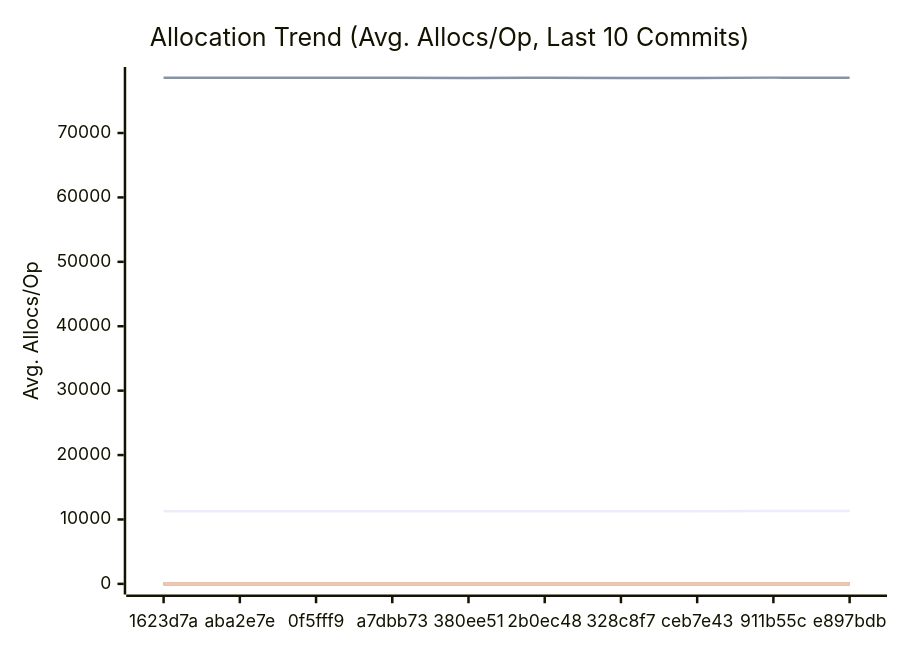
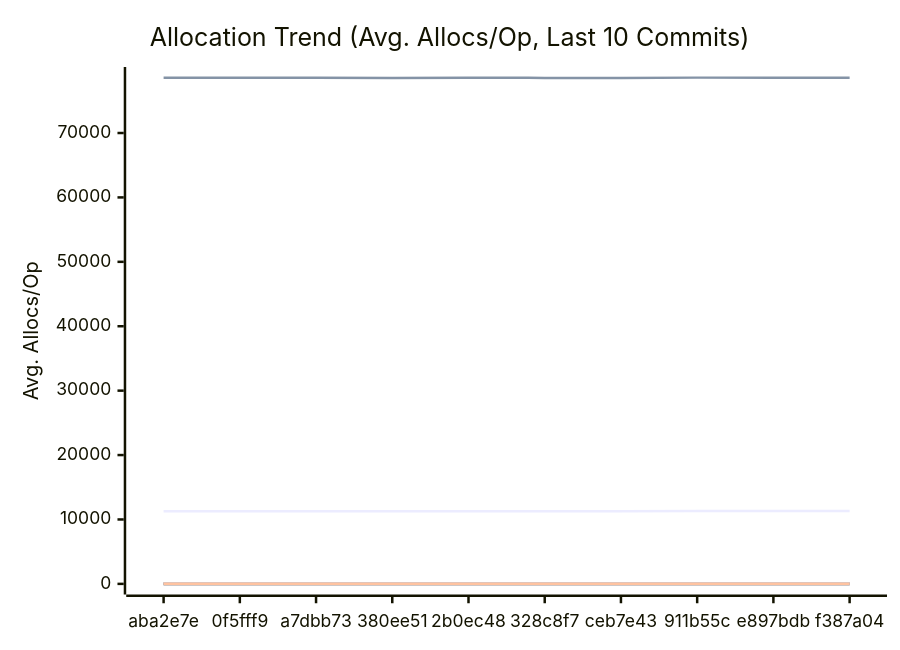
One commit to alsotoes/momo changed the third of 3 diagrams in docs/PERFORMANCE.md. Above: the diagram before and after it, drawn with Mermaid. The commit also changed other lines of this file and 3 other files, not shown here.

````diff
--- a/docs/PERFORMANCE.md
+++ b/docs/PERFORMANCE.md
@@ -197,20 +197,20 @@
 ```mermaid
 xychart-beta
     title "Allocation Trend (Avg. Allocs/Op, Last 10 Commits)"
     x-axis "Commit"
     y-axis "Avg. Allocs/Op"
-    x-axis [1623d7a,aba2e7e,0f5fff9,a7dbb73,380ee51,2b0ec48,328c8f7,ceb7e43,911b55c,e897bdb]
-    line "AWSChunkedReaderSigned" [11278,11284,11272,11270,11273,11273,11279,11281,11298,11295]
-    line "AWSChunkedReaderUnsigned" [78562,78561,78569,78563,78558,78562,78559,78557,78598,78563]
+    x-axis [aba2e7e,0f5fff9,a7dbb73,380ee51,2b0ec48,328c8f7,ceb7e43,911b55c,e897bdb,f387a04]
+    line "AWSChunkedReaderSigned" [11284,11272,11270,11273,11273,11279,11281,11298,11295,11317]
+    line "AWSChunkedReaderUnsigned" [78561,78569,78563,78558,78562,78559,78557,78598,78563,78578]
     line "CheckMetricsAndSwap" [0,0,0,0,0,0,0,0,0,0]
     line "CrushOptimized" [0,0,0,0,0,0,0,0,0,0]
     line "CrushOriginal" [3,3,3,3,3,3,3,3,3,3]
     line "IndexDirectTracking" [0,0,0,0,0,0,0,0,0,0]
     line "IndexSearch" [0,0,0,0,0,0,0,0,0,0]
     line "LoadGlobalConfig" [54,54,54,54,54,54,54,54,54,54]
     line "PadString" [1,1,1,1,1,1,1,1,1,1]
     line "ParseReplicationOrder_NoPrealloc" [6,6,6,6,6,5,5,5,5,5]
     line "ParseReplicationOrder_Prealloc" [2,2,2,2,2,1,1,1,1,1]
     line "SanitizeLog/Safe" [0,0,0,0,0,0,0,0,0,0]
     line "SanitizeLog/Unsafe" [1,1,1,1,1,1,1,1,1,1]
 ```
````
